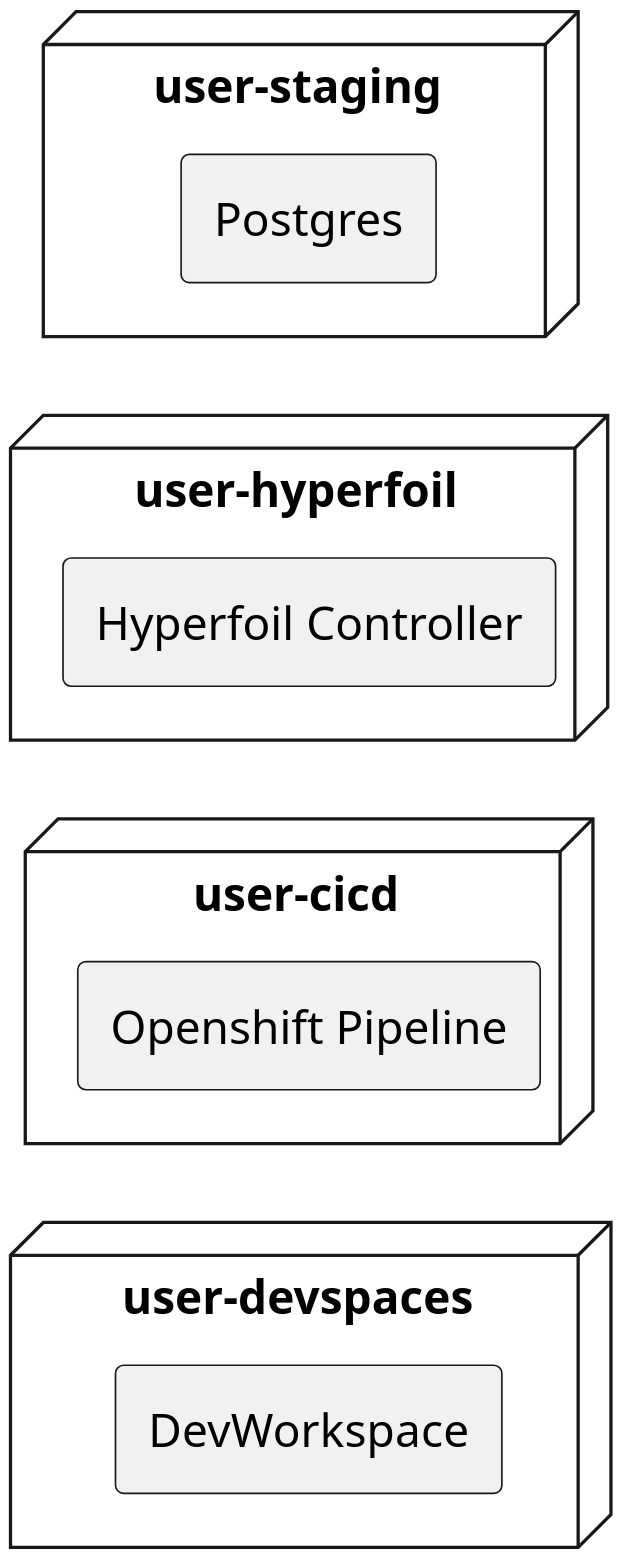
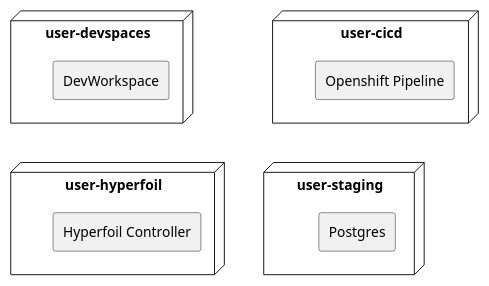
One commit to redhat-na-ssa/performance_monitoring_bookbag changed the diagram in workshop/content/plantuml/welcome-user-namespaces.puml. Above: the diagram before and after it, drawn with PlantUML. The commit also changed 22 other files, not shown here.

```diff
--- a/workshop/content/plantuml/welcome-user-namespaces.puml
+++ b/workshop/content/plantuml/welcome-user-namespaces.puml
@@ -1,23 +1,27 @@
 @startuml
 
 skinparam dpi 300
 allow_mixing
-left to right direction
+' left to right direction
+scale 0.3
 
-node "user-devspaces" as devpsaces {
+node "user-devspaces" as devpsacesNode {
     agent "DevWorkspace" as devworkspace
 }
 
-node "user-cicd" as cicd {
+node "user-cicd" as cicdNode {
     agent "Openshift Pipeline" as pipeline
 }
 
-node "user-hyperfoil" as hyperfoil {
+node "user-hyperfoil" as hyperfoilNode {
     agent "Hyperfoil Controller" as hyperfoil
 }
 
-node "user-staging" as staging {
+node "user-staging" as stagingNode {
     agent "Postgres" as pg
 }
 
+cicdNode -[hidden]-> stagingNode
+devpsacesNode -[hidden]-> hyperfoilNode
+
 @enduml
```
